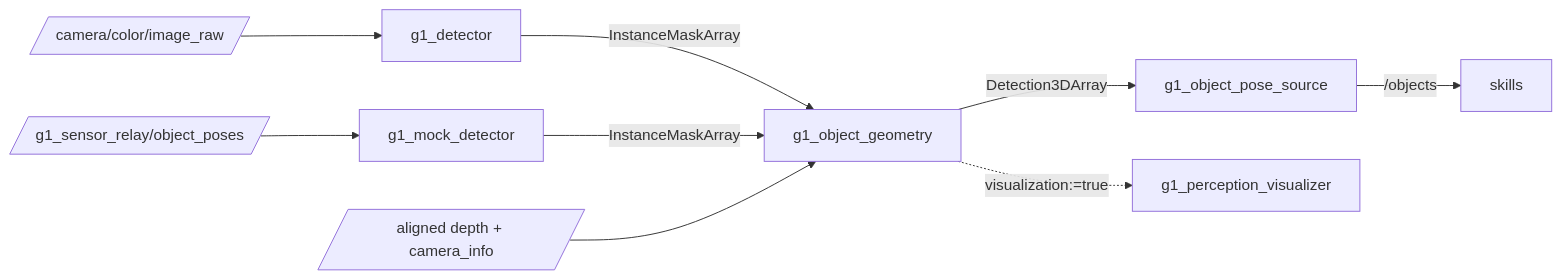
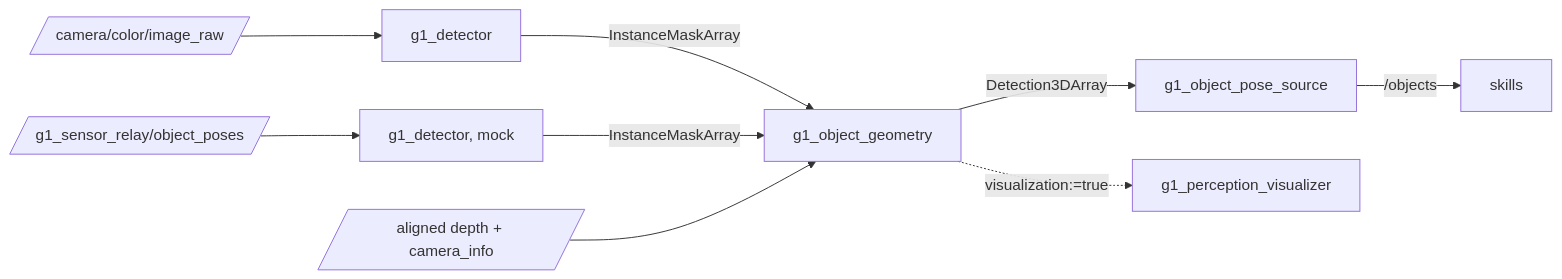
Before and after one commit to Adyansh04/grove-g1: the diagram in workspace/src/g1_perception/README.md, drawn with Mermaid. The commit also changed other lines of this file and 140 other files, not shown here.

````diff
--- a/workspace/src/g1_perception/README.md
+++ b/workspace/src/g1_perception/README.md
@@ -8,11 +8,11 @@
 ```mermaid
 flowchart LR
     C[/camera/color/image_raw/] --> D[g1_detector]
-    T[/g1_sensor_relay/object_poses/] --> M[g1_mock_detector]
+    T[/g1_sensor_relay/object_poses/] --> M[g1_detector, mock]
     D -- InstanceMaskArray --> G[g1_object_geometry]
     M -- InstanceMaskArray --> G
     P[/aligned depth + camera_info/] --> G
     G -- Detection3DArray --> S[g1_object_pose_source]
     S -- /objects --> K[skills]
     G -. "visualization:=true" .-> V[g1_perception_visualizer]
 ```
````
